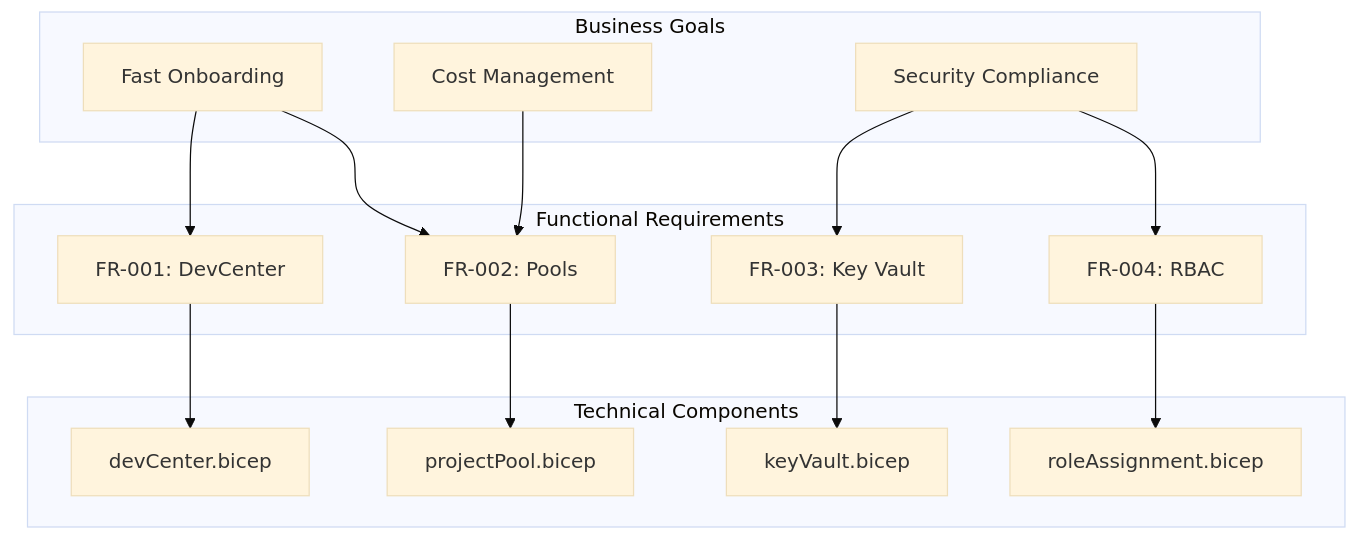
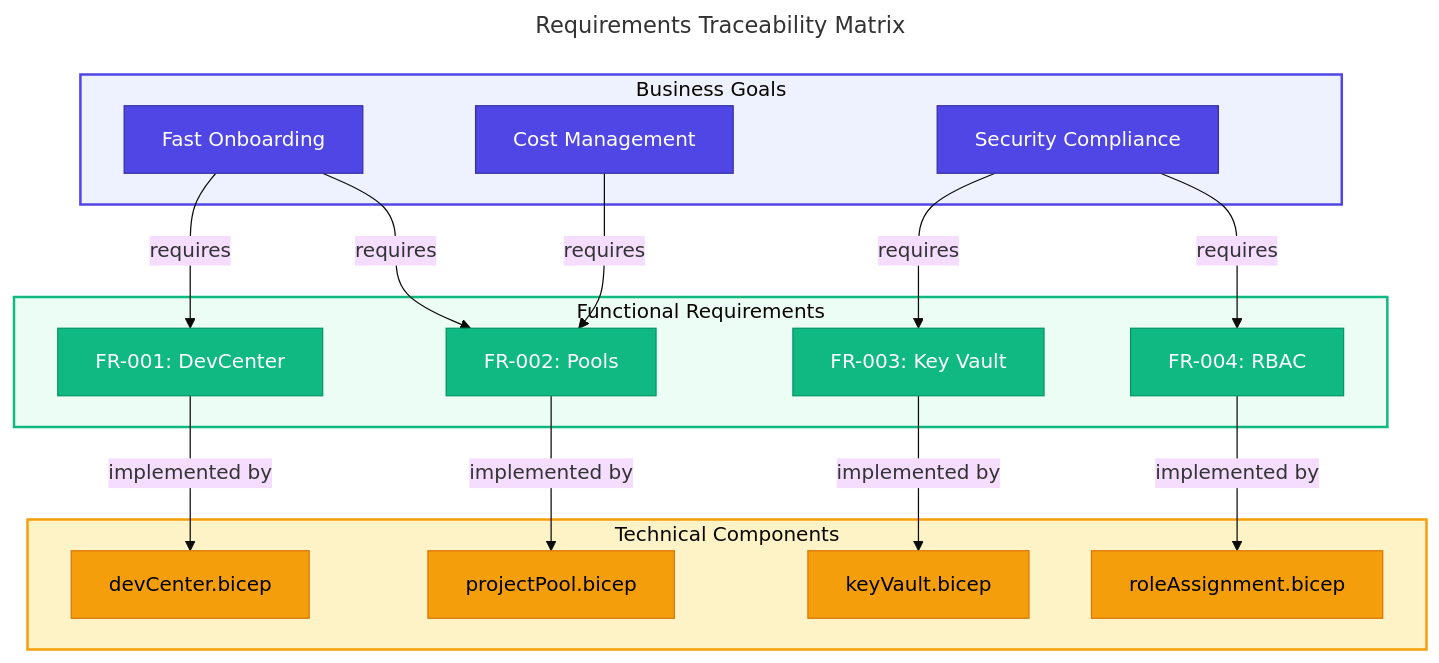
One commit to Evilazaro/DevExp-DevBox changed the seventh of 8 diagrams in docs/architecture/01-business-architecture.md. Above: the diagram before and after it, drawn with Mermaid (base theme). The commit also changed other lines of this file, not shown here.

Commit message:
Refactor business architecture documentation to enhance clarity and detail in requirements traceability and success metrics visualizations

````diff
--- a/docs/architecture/01-business-architecture.md
+++ b/docs/architecture/01-business-architecture.md
@@ -470,33 +470,55 @@
 ```mermaid
+---
+title: Requirements Traceability Matrix
+---
 flowchart TD
+    %% ===== STYLE DEFINITIONS =====
+    classDef primary fill:#4F46E5,stroke:#3730A3,color:#FFFFFF
+    classDef secondary fill:#10B981,stroke:#059669,color:#FFFFFF
+    classDef datastore fill:#F59E0B,stroke:#D97706,color:#000000
+
+    %% ===== BUSINESS GOALS =====
     subgraph Business["Business Goals"]
-        BG1[Fast Onboarding]
-        BG2[Security Compliance]
-        BG3[Cost Management]
+        BG1["Fast Onboarding"]
+        BG2["Security Compliance"]
+        BG3["Cost Management"]
     end
 
+    %% ===== FUNCTIONAL REQUIREMENTS =====
     subgraph Functional["Functional Requirements"]
-        FR1[FR-001: DevCenter]
-        FR2[FR-002: Pools]
-        FR3[FR-003: Key Vault]
-        FR4[FR-004: RBAC]
+        FR1["FR-001: DevCenter"]
+        FR2["FR-002: Pools"]
+        FR3["FR-003: Key Vault"]
+        FR4["FR-004: RBAC"]
     end
 
+    %% ===== TECHNICAL COMPONENTS =====
     subgraph Technical["Technical Components"]
-        TC1[devCenter.bicep]
-        TC2[projectPool.bicep]
-        TC3[keyVault.bicep]
-        TC4[roleAssignment.bicep]
+        TC1["devCenter.bicep"]
+        TC2["projectPool.bicep"]
+        TC3["keyVault.bicep"]
+        TC4["roleAssignment.bicep"]
     end
 
-    BG1 --> FR1
-    BG1 --> FR2
-    BG2 --> FR3
-    BG2 --> FR4
-    BG3 --> FR2
+    %% ===== TRACEABILITY LINKS =====
+    BG1 -->|"requires"| FR1
+    BG1 -->|"requires"| FR2
+    BG2 -->|"requires"| FR3
+    BG2 -->|"requires"| FR4
+    BG3 -->|"requires"| FR2
 
-    FR1 --> TC1
-    FR2 --> TC2
-    FR3 --> TC3
-    FR4 --> TC4
+    FR1 -->|"implemented by"| TC1
+    FR2 -->|"implemented by"| TC2
+    FR3 -->|"implemented by"| TC3
+    FR4 -->|"implemented by"| TC4
+
+    %% ===== APPLY STYLES =====
+    class BG1,BG2,BG3 primary
+    class FR1,FR2,FR3,FR4 secondary
+    class TC1,TC2,TC3,TC4 datastore
+
+    %% ===== SUBGRAPH STYLING =====
+    style Business fill:#EEF2FF,stroke:#4F46E5,stroke-width:2px
+    style Functional fill:#ECFDF5,stroke:#10B981,stroke-width:2px
+    style Technical fill:#FEF3C7,stroke:#F59E0B,stroke-width:2px
 ```
````
